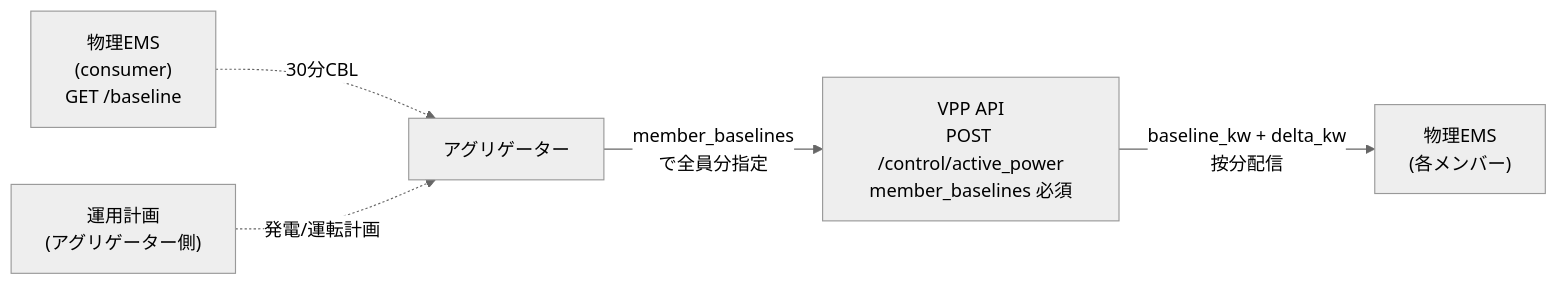
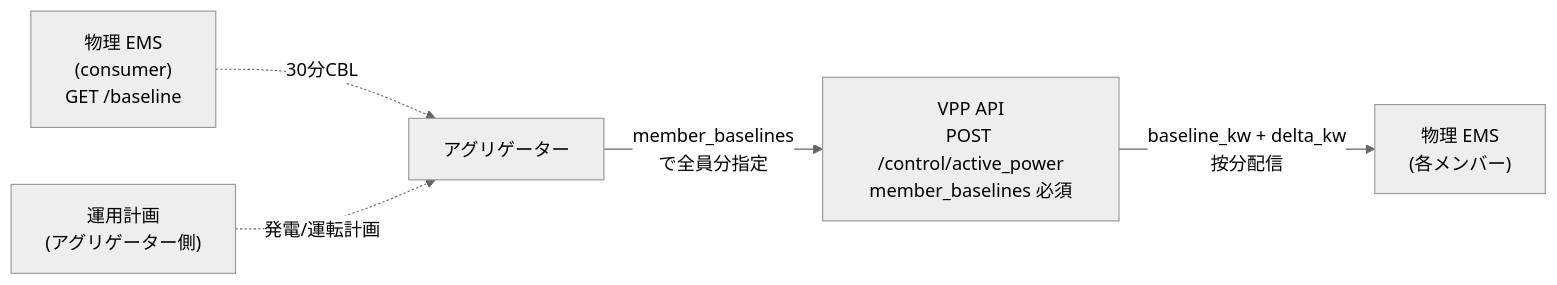
One commit to enapir/enecloud-api-spec changed the fourth of 7 diagrams in docs/vpp-api-v1.md. Above: the diagram before and after it, drawn with Mermaid (neutral theme). The commit also changed other lines of this file and 20 other files, not shown here.

````diff
--- a/docs/vpp-api-v1.md
+++ b/docs/vpp-api-v1.md
@@ -976,13 +988,13 @@
 ```mermaid
 flowchart LR
     AGG[アグリゲーター]
-    EMS_B["物理EMS<br/>(consumer)<br/>GET /baseline"]
+    EMS_B["物理 EMS<br/>(consumer)<br/>GET /baseline"]
     PLAN["運用計画<br/>(アグリゲーター側)"]
     VPP["VPP API<br/>POST /control/active_power<br/>member_baselines 必須"]
-    EMS_A["物理EMS<br/>(各メンバー)"]
+    EMS_A["物理 EMS<br/>(各メンバー)"]
 
     EMS_B -.->|30分CBL| AGG
     PLAN -.->|発電/運転計画| AGG
     AGG -->|member_baselines<br/>で全員分指定| VPP
     VPP -->|baseline_kw + delta_kw<br/>按分配信| EMS_A
 ```
````
